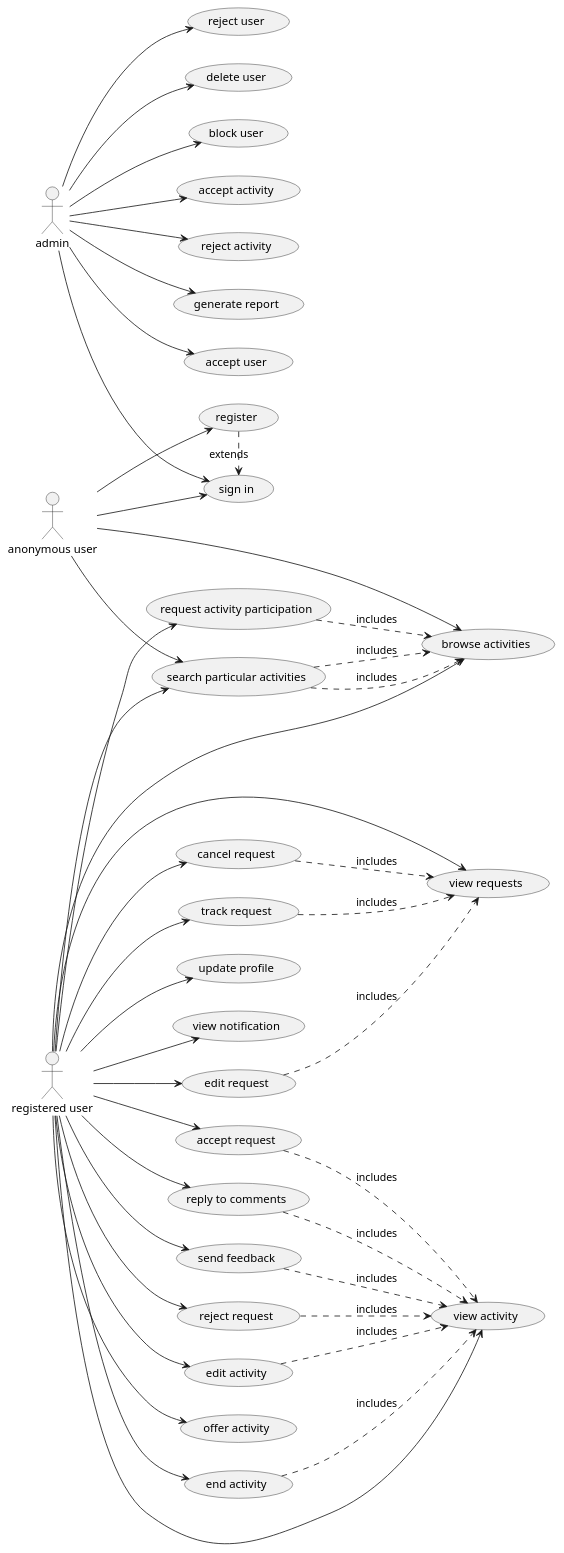
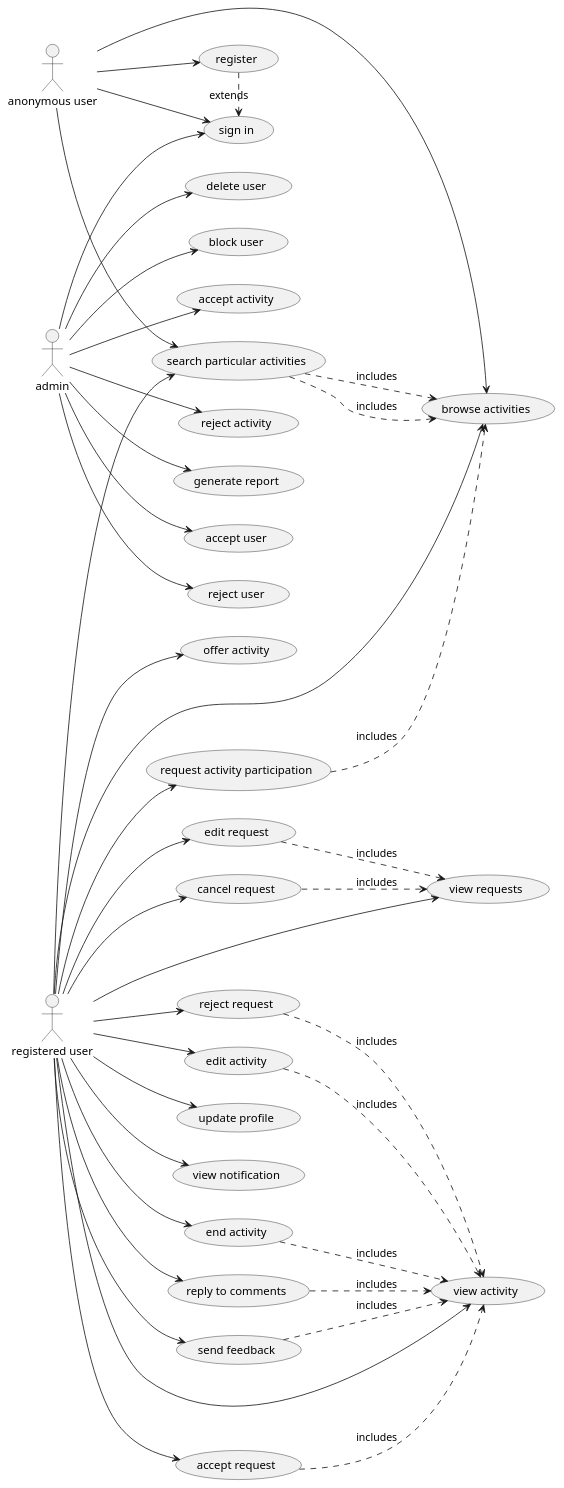
One commit to OmarAlghamdi/swe363-project-react changed the diagram in diagrams/usecase diagrams/usecases.puml. Above: the diagram before and after it, drawn with PlantUML.

```diff
--- a/diagrams/usecase diagrams/usecases.puml
+++ b/diagrams/usecase diagrams/usecases.puml
@@ -1,55 +1,53 @@
 @startuml
 left to right direction
 
 
 :anonymous user: --> (browse activities)
 :anonymous user: --> (search particular activities)
 (search particular activities) .> (browse activities) : includes
 :anonymous user: --> (register) 
 (register) .> (sign in) : extends
 :anonymous user: --> (sign in)
 
 
 :registered user: --> (update profile)
 :registered user: --> (view notification)
 
 :registered user: --> (browse activities)
 (search particular activities) ..> (browse activities) : includes
 (request activity participation) ..> (browse activities) : includes
 :registered user: --> (search particular activities)
 :registered user: --> (request activity participation)
 
 :registered user: --> (view requests)
-(track request) ..> (view requests) : includes
 (edit request) ..> (view requests) : includes
 (cancel request) ..> (view requests) : includes
-:registered user: --> (track request)
 :registered user: --> (edit request)
 :registered user: --> (cancel request)
 
 :registered user: --> (offer activity)
 :registered user: --> (view activity)
 (accept request) ..> (view activity) : includes
 (reject request) ..> (view activity) : includes
 (edit activity) ..> (view activity) : includes
 (end activity) ..> (view activity) : includes
 (reply to comments) ..> (view activity) : includes
 (send feedback) ..> (view activity) : includes
 :registered user: --> (accept request)
 :registered user: --> (reject request)
 :registered user: --> (edit activity)
 :registered user: --> (end activity)
 :registered user: --> (reply to comments)
 :registered user: --> (send feedback)
 
 
 
 :admin: --> (sign in)
 :admin: --> (accept user)
 :admin: --> (reject user)
 :admin: --> (delete user)
 :admin: --> (block user)
 :admin: --> (accept activity)
 :admin: --> (reject activity)
 :admin: --> (generate report)
 @enduml
```
